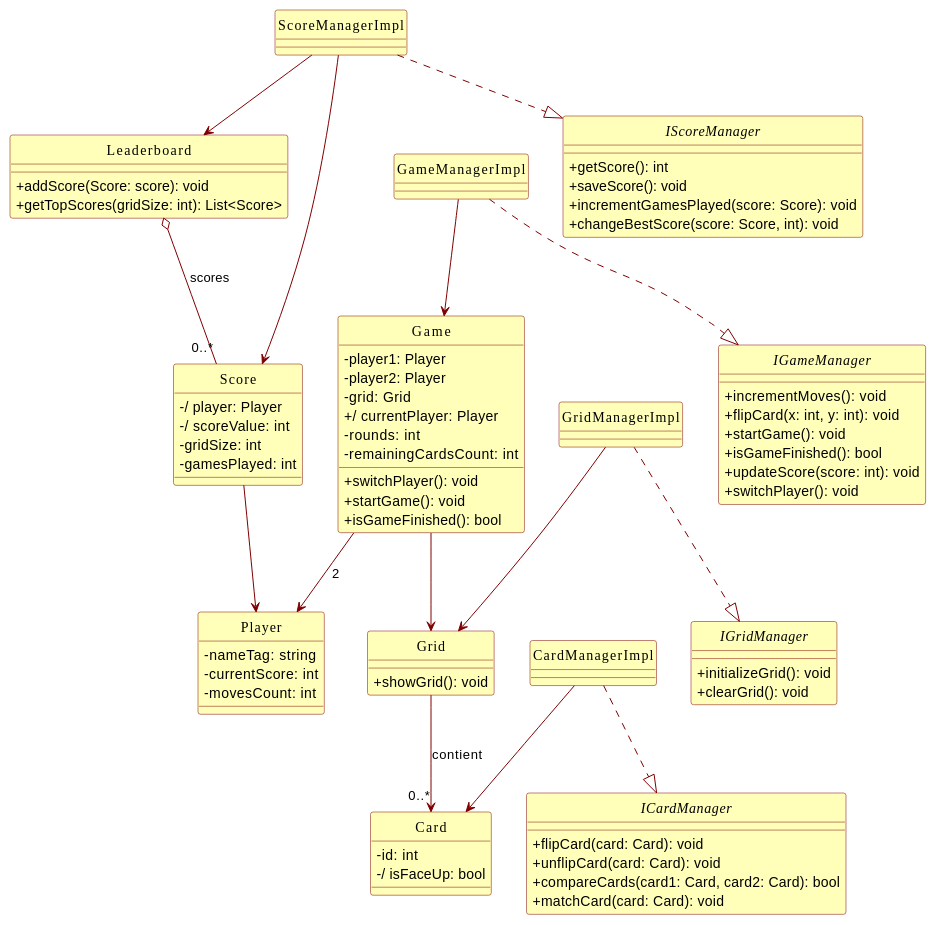
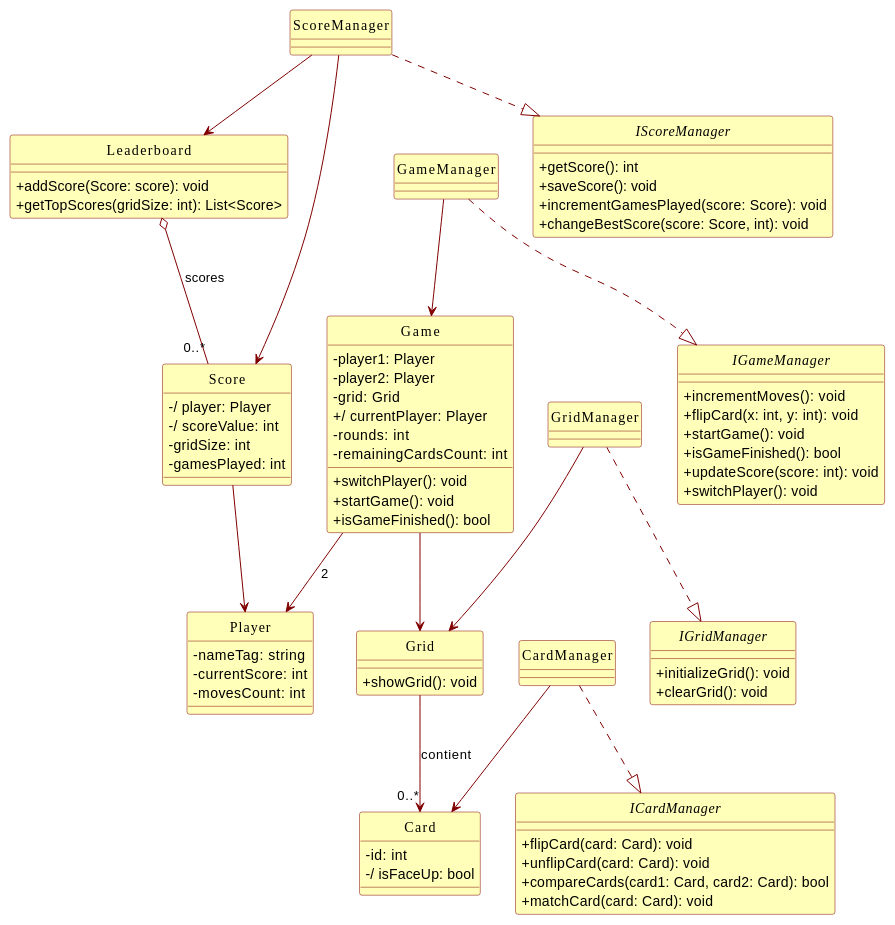
One commit to PosiTr0n505/Game-Memory changed the diagram in src/Docs/Diagrammes/classes.md. Above: the diagram before and after it, drawn with PlantUML.

Commit message:
Mise à jour de 'src/Docs/Diagrammes/classes.md'

````diff
--- a/src/Docs/Diagrammes/classes.md
+++ b/src/Docs/Diagrammes/classes.md
@@ -92,21 +92,21 @@
 
 ' ---------------- IMPLEMENTATIONS DES MANAGERS ----------------
 
-class GameManagerImpl
-GameManagerImpl ..|> IGameManager
-GameManagerImpl --> Game
+class GameManager
+GameManager ..|> IGameManager
+GameManager --> Game
 
-class ScoreManagerImpl
-ScoreManagerImpl ..|> IScoreManager
-ScoreManagerImpl --> Score
-ScoreManagerImpl --> Leaderboard
+class ScoreManager
+ScoreManager ..|> IScoreManager
+ScoreManager --> Score
+ScoreManager --> Leaderboard
 
-class GridManagerImpl
-GridManagerImpl ..|> IGridManager
-GridManagerImpl --> Grid
+class GridManager
+GridManager ..|> IGridManager
+GridManager --> Grid
 
-class CardManagerImpl
-CardManagerImpl ..|> ICardManager
-CardManagerImpl --> Card
+class CardManager
+CardManager ..|> ICardManager
+CardManager --> Card
 @enduml
 ```
````
